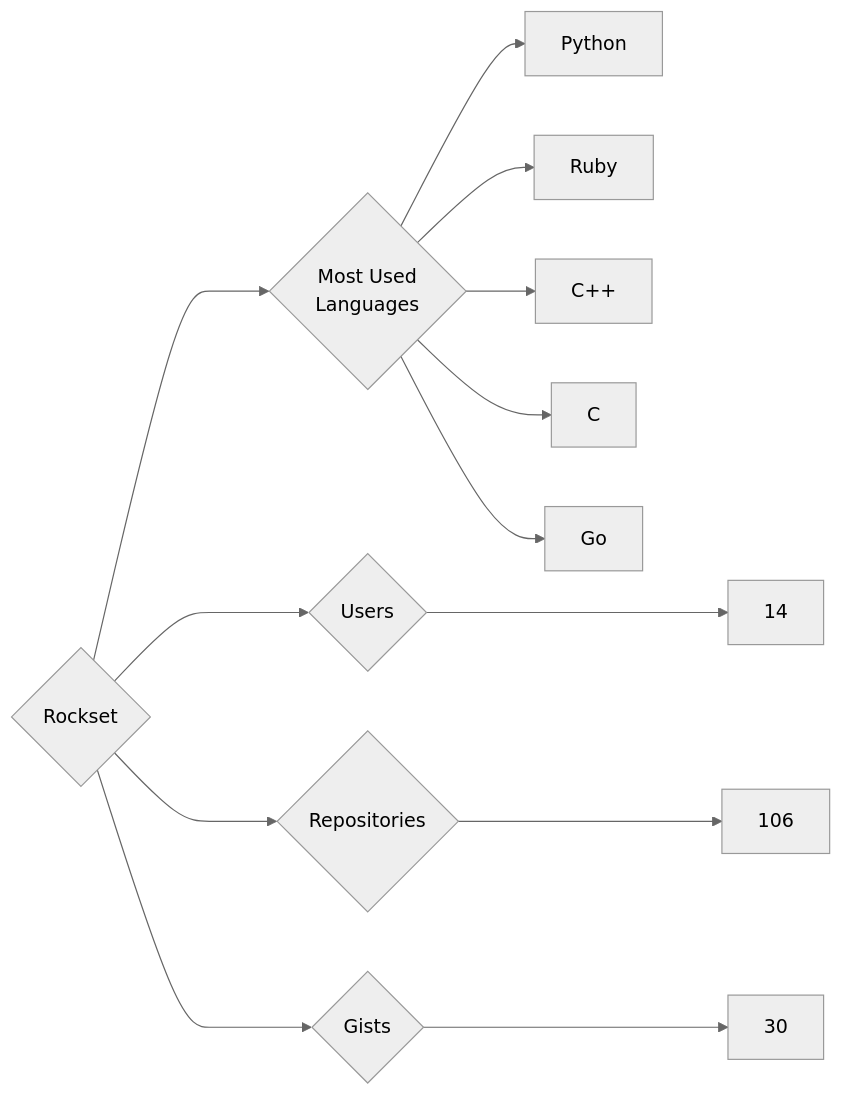
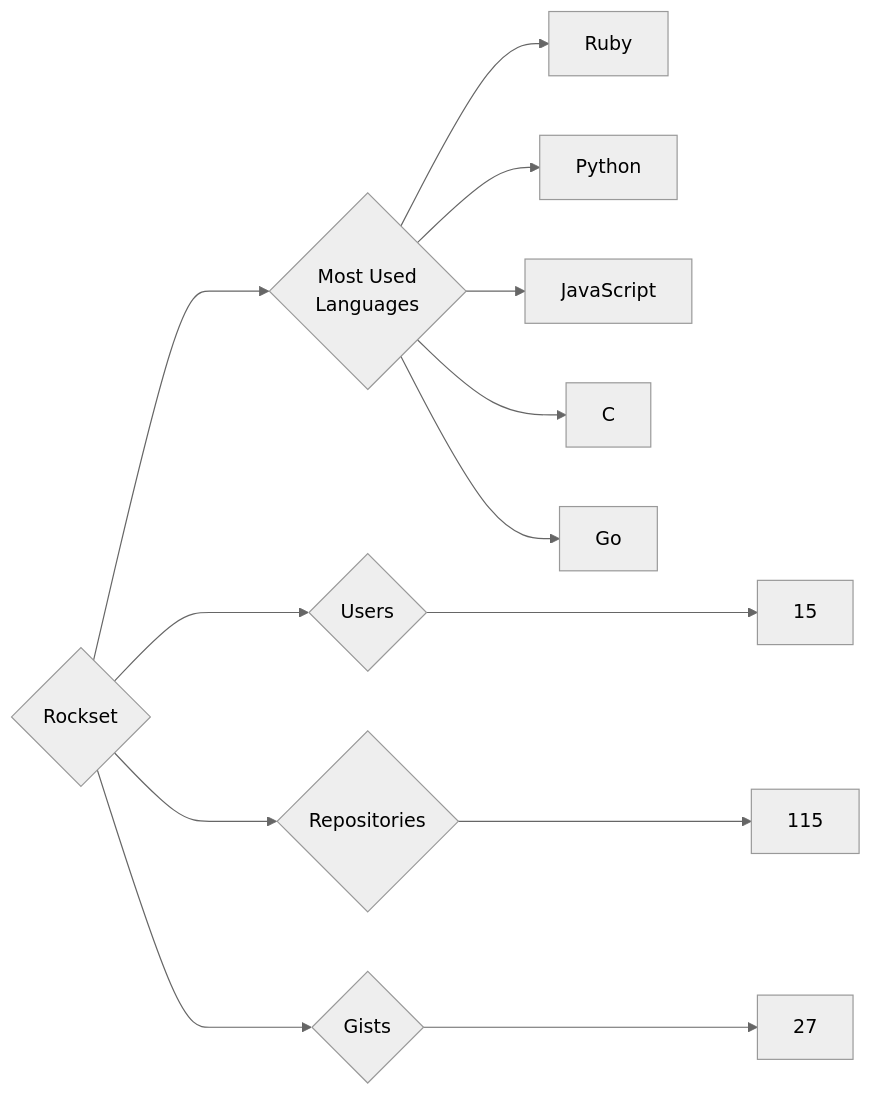
Before and after one commit to trickest/insiders: the diagram in targets/Rockset/README.md, drawn with Mermaid (neutral theme). The commit also changed 677 other files, not shown here.

````diff
--- a/targets/Rockset/README.md
+++ b/targets/Rockset/README.md
@@ -3,13 +3,13 @@
 ```mermaid
 graph LR
 COMPANY_NAME{Rockset}
-COMPANY_NAME ---> U{Users} ---> UN[14]
-COMPANY_NAME ---> R{Repositories} ---> RN[106]
-COMPANY_NAME ---> G{Gists} ---> GN[30]
+COMPANY_NAME ---> U{Users} ---> UN[15]
+COMPANY_NAME ---> R{Repositories} ---> RN[115]
+COMPANY_NAME ---> G{Gists} ---> GN[27]
 COMPANY_NAME ---> ML{Most Used<br>Languages}
+ML --> Ruby[Ruby]
 ML --> Python[Python]
-ML --> Ruby[Ruby]
-ML --> C++[C++]
+ML --> JavaScript[JavaScript]
 ML --> C[C]
 ML --> Go[Go]
 ```
````
